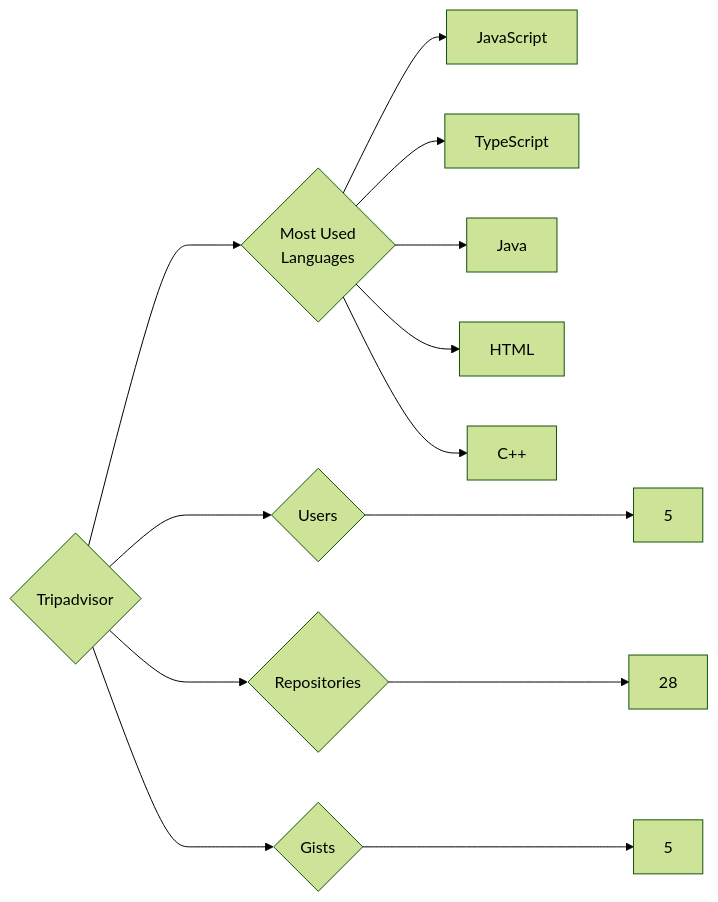
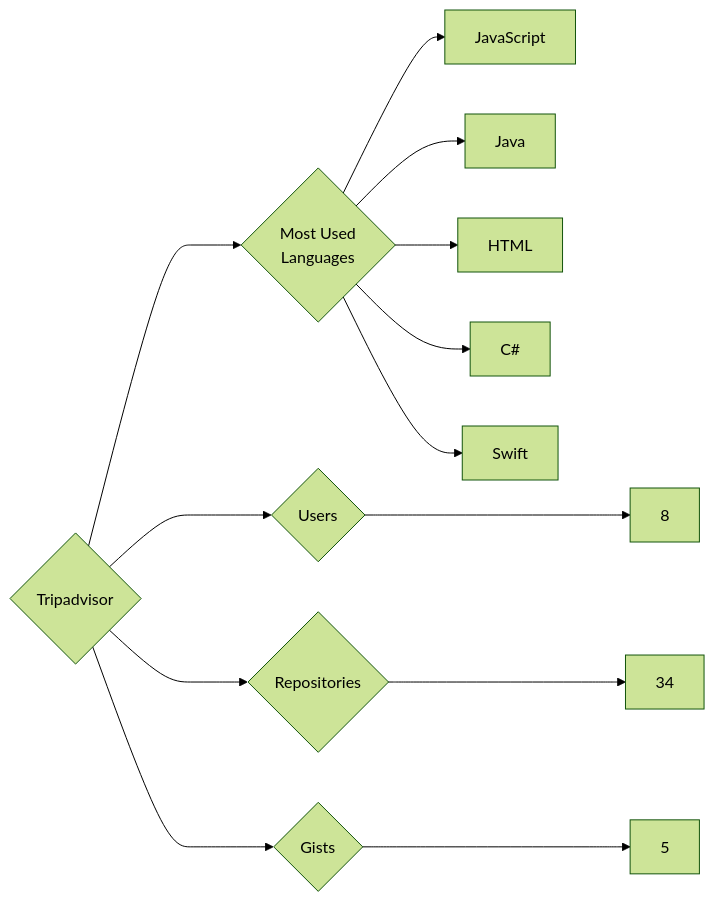
One commit to trickest/insiders changed the diagram in targets/Tripadvisor/README.md. Above: the diagram before and after it, drawn with Mermaid (forest theme). The commit also changed 1484 other files, not shown here.

````diff
--- a/targets/Tripadvisor/README.md
+++ b/targets/Tripadvisor/README.md
@@ -3,13 +3,13 @@
 ```mermaid
 graph LR
 COMPANY_NAME{Tripadvisor}
-COMPANY_NAME ---> U{Users} ---> UN[5]
-COMPANY_NAME ---> R{Repositories} ---> RN[28]
+COMPANY_NAME ---> U{Users} ---> UN[8]
+COMPANY_NAME ---> R{Repositories} ---> RN[34]
 COMPANY_NAME ---> G{Gists} ---> GN[5]
 COMPANY_NAME ---> ML{Most Used<br>Languages}
 ML --> JavaScript[JavaScript]
-ML --> TypeScript[TypeScript]
 ML --> Java[Java]
 ML --> HTML[HTML]
-ML --> C++[C++]
+ML --> C#[C#]
+ML --> Swift[Swift]
 ```
````
